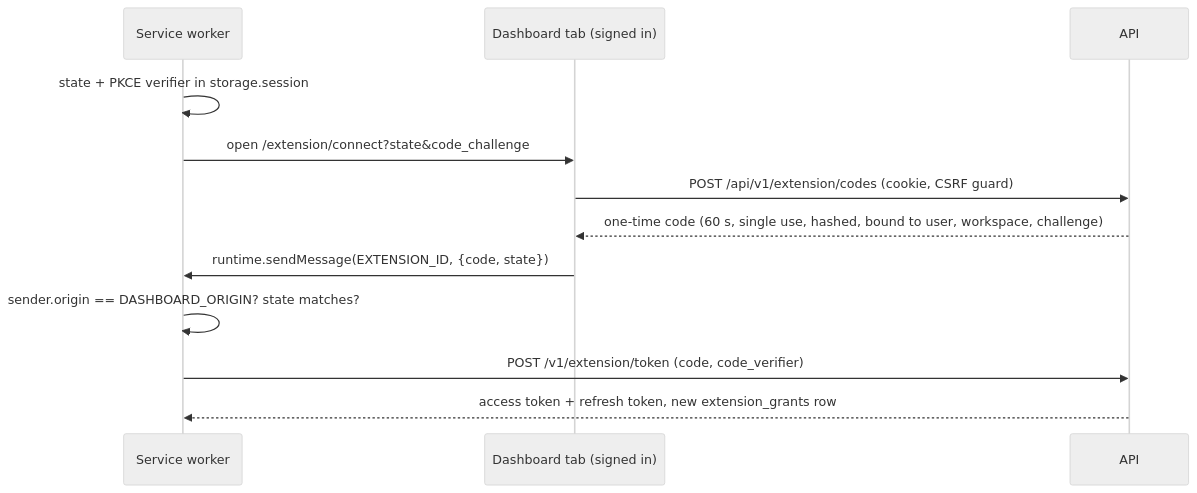
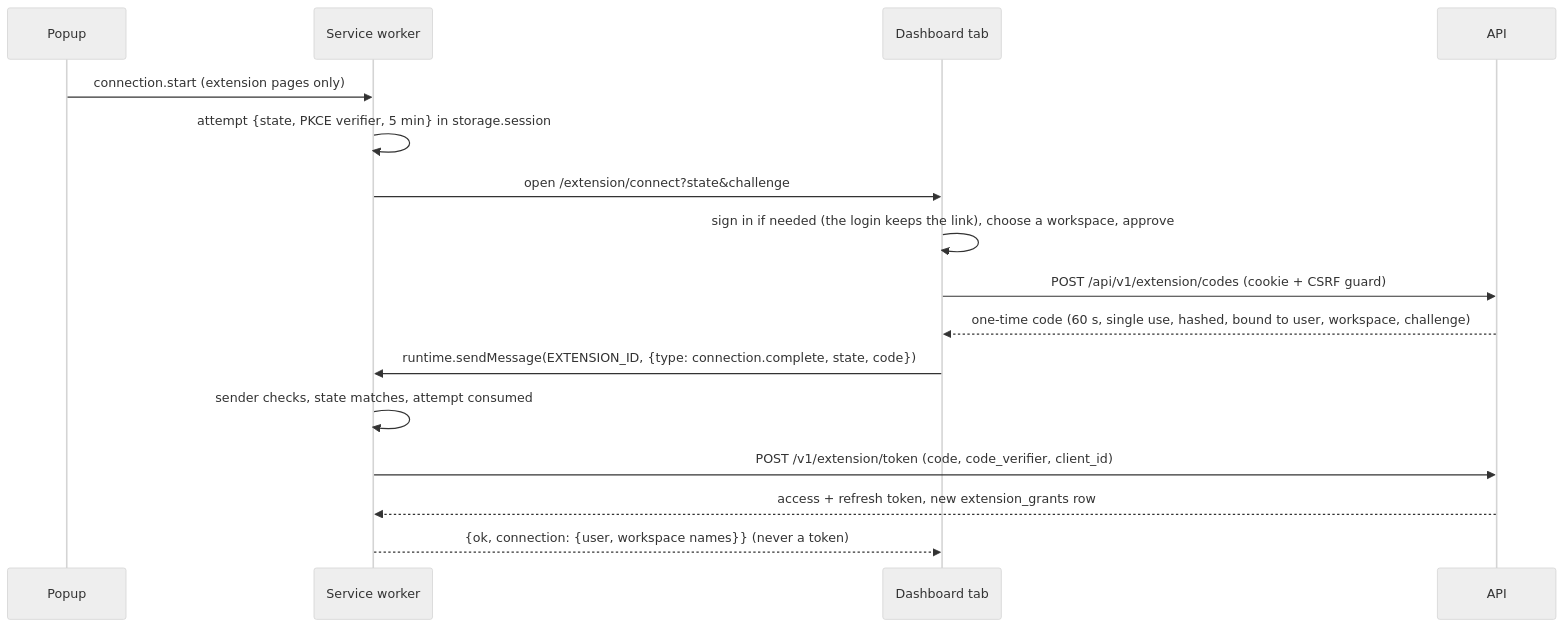
Before and after one commit to JJMonzon072/contextlayer: the second of 2 diagrams in docs/adr/0015-authentication-strategy.md, drawn with Mermaid (neutral theme). The commit also changed other lines of this file and 13 other files, not shown here.

First line of the commit message:
document Phase 4: extension connection and site access

````diff
--- a/docs/adr/0015-authentication-strategy.md
+++ b/docs/adr/0015-authentication-strategy.md
@@ -50,14 +52,18 @@
 ```mermaid
 sequenceDiagram
+  participant P as Popup
   participant SW as Service worker
-  participant D as Dashboard tab (signed in)
+  participant D as Dashboard tab
   participant A as API
-  SW->>SW: state + PKCE verifier in storage.session
-  SW->>D: open /extension/connect?state&code_challenge
-  D->>A: POST /api/v1/extension/codes (cookie, CSRF guard)
+  P->>SW: connection.start (extension pages only)
+  SW->>SW: attempt {state, PKCE verifier, 5 min} in storage.session
+  SW->>D: open /extension/connect?state&challenge
+  D->>D: sign in if needed (the login keeps the link), choose a workspace, approve
+  D->>A: POST /api/v1/extension/codes (cookie + CSRF guard)
   A-->>D: one-time code (60 s, single use, hashed, bound to user, workspace, challenge)
-  D->>SW: runtime.sendMessage(EXTENSION_ID, {code, state})
-  SW->>SW: sender.origin == DASHBOARD_ORIGIN? state matches?
-  SW->>A: POST /v1/extension/token (code, code_verifier)
-  A-->>SW: access token + refresh token, new extension_grants row
+  D->>SW: runtime.sendMessage(EXTENSION_ID, {type: connection.complete, state, code})
+  SW->>SW: sender checks, state matches, attempt consumed
+  SW->>A: POST /v1/extension/token (code, code_verifier, client_id)
+  A-->>SW: access + refresh token, new extension_grants row
+  SW-->>D: {ok, connection: {user, workspace names}} (never a token)
 ```
````
